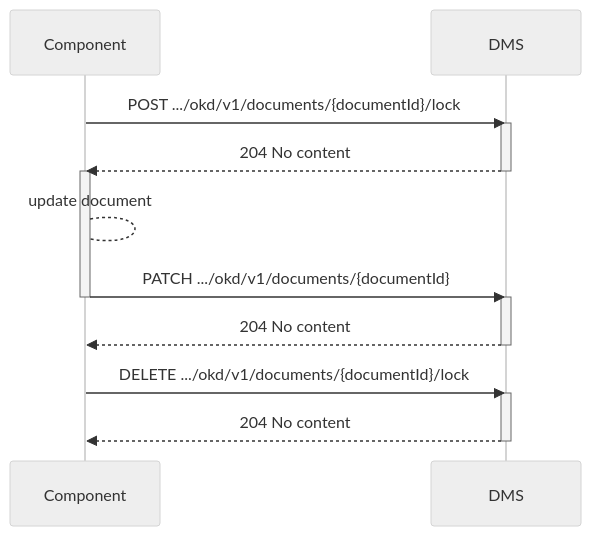
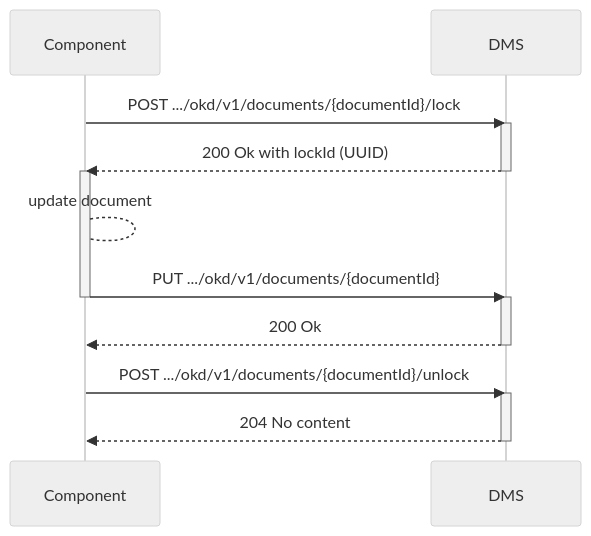
One commit to Onderwijs-Koppelingen-OKx/OKD-Document-Management changed the first of 2 diagrams in doc/flow-y.md. Above: the diagram before and after it, drawn with Mermaid (neutral theme). The commit also changed other lines of this file, not shown here.

Commit message:
Update flow-y with lock

````diff
--- a/doc/flow-y.md
+++ b/doc/flow-y.md
@@ -15,22 +15,22 @@
 ```mermaid
 sequenceDiagram
     participant Component
     participant DMS
     Component->>DMS: POST .../okd/v1/documents/{documentId}/lock
     activate DMS
-    DMS-->>Component: 204 No content
+    DMS-->>Component: 200 Ok with lockId (UUID)
     deactivate DMS
     activate Component
     Component --> Component: update document
-    Component->>DMS: PATCH .../okd/v1/documents/{documentId}
+    Component->>DMS: PUT .../okd/v1/documents/{documentId}
     deactivate Component
 
     activate DMS
-    DMS-->>Component: 204 No content
+    DMS-->>Component: 200 Ok
     deactivate DMS
-     Component->>DMS: DELETE .../okd/v1/documents/{documentId}/lock
+     Component->>DMS: POST .../okd/v1/documents/{documentId}/unlock
     activate DMS
     DMS-->>Component: 204 No content
     deactivate DMS
 
 ```
````
